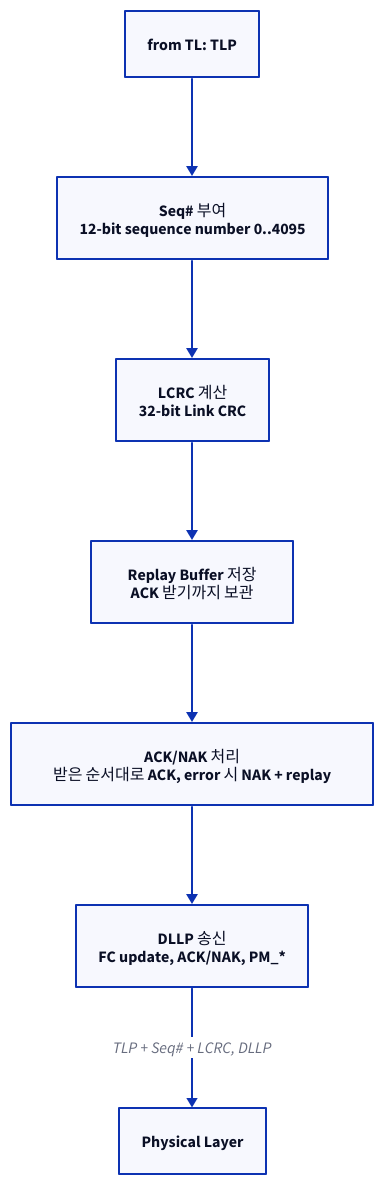
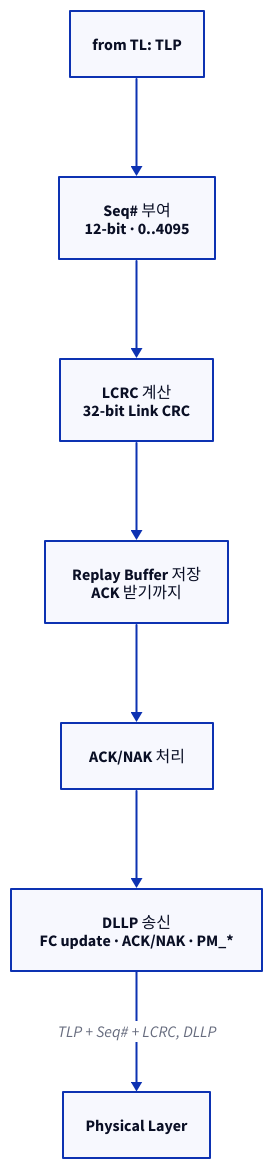
The sixth of 9 diagrams in topics/pcie/docs/02_layer_architecture.md (humbleowl39/DV_SKOOL), drawn with D2 before and after one commit. The commit also changed other lines of this file and 90 other files, not shown here.

First line of the commit message:
docs: 전 토픽 다이어그램 정비 — ASCII→D2, mermaid→D2, 과대 D2 가시성 수정

````diff
--- a/topics/pcie/docs/02_layer_architecture.md
+++ b/topics/pcie/docs/02_layer_architecture.md
@@ -293,17 +301,13 @@
 ```d2
 direction: down
 
 INTL: "from TL: TLP"
-SEQ: "Seq# 부여\n12-bit sequence number 0..4095"
+SEQ: "Seq# 부여\n12-bit · 0..4095"
 LCRC: "LCRC 계산\n32-bit Link CRC"
-REPLAY: "Replay Buffer 저장\nACK 받기까지 보관"
-ACK: "ACK/NAK 처리\n받은 순서대로 ACK, error 시 NAK + replay"
-DLLP: "DLLP 송신\nFC update, ACK/NAK, PM_*"
+REPLAY: "Replay Buffer 저장\nACK 받기까지"
+ACK: "ACK/NAK 처리"
+DLLP: "DLLP 송신\nFC update · ACK/NAK · PM_*"
 PL: "Physical Layer"
-INTL -> SEQ
-SEQ -> LCRC
-LCRC -> REPLAY
-REPLAY -> ACK
-ACK -> DLLP
+INTL -> SEQ -> LCRC -> REPLAY -> ACK -> DLLP
 DLLP -> PL: "TLP + Seq# + LCRC, DLLP"
 ```
````
